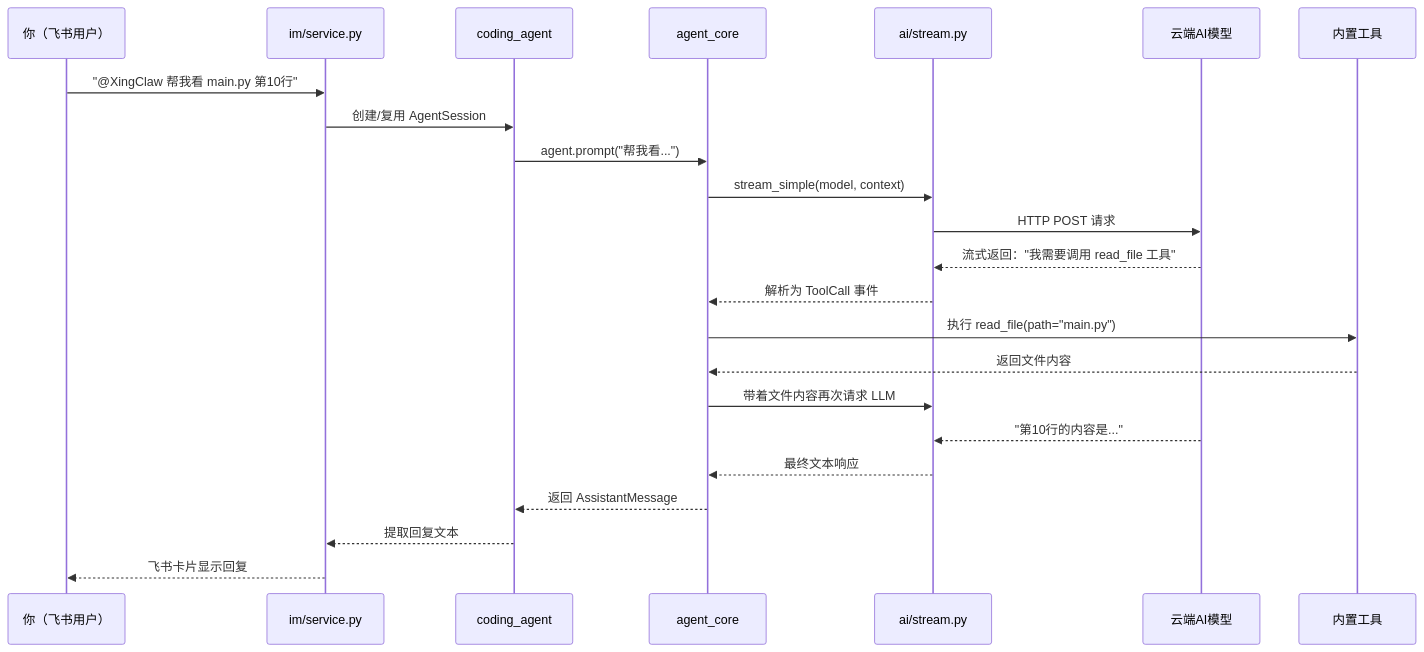
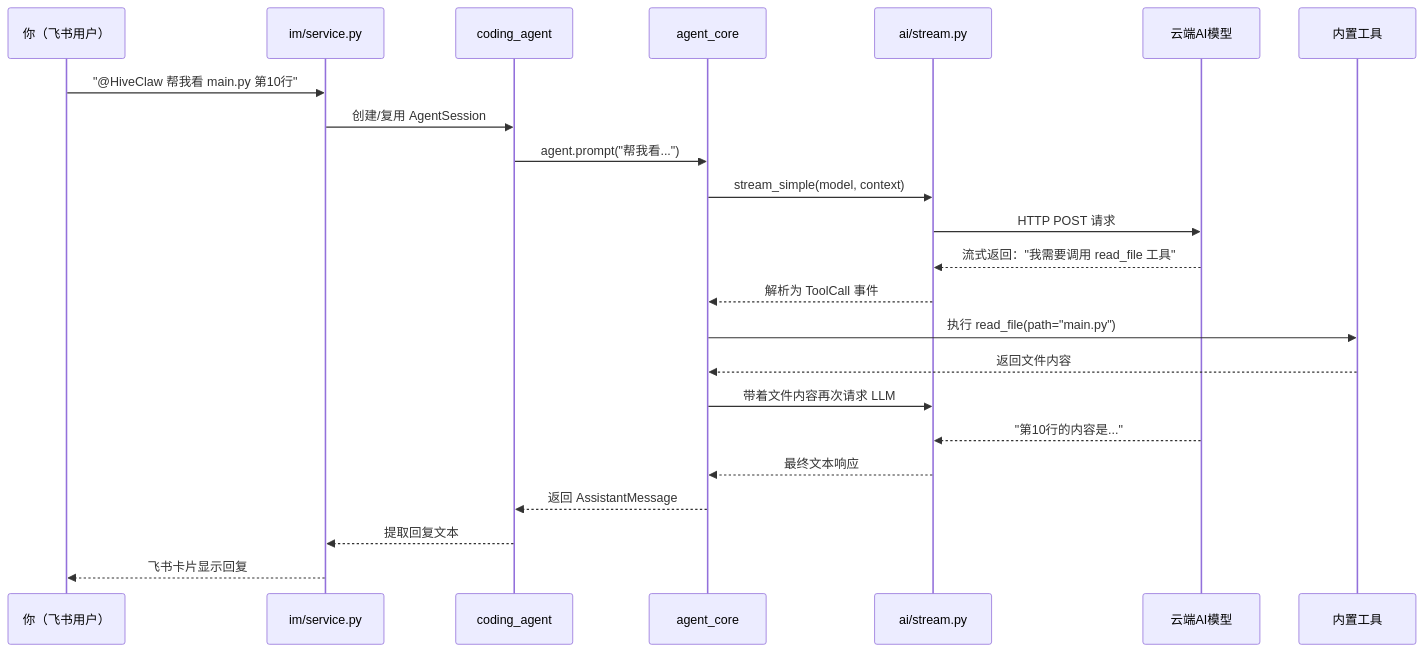
Before and after one commit to huomingban/HiveClaw: the first of 2 diagrams in docs/00_文件总览.md, drawn with Mermaid. The commit also changed other lines of this file and 38 other files, not shown here.

First line of the commit message:
refactor: 项目更名并统一 HiveClaw 标识

````diff
--- a/docs/00_文件总览.md
+++ b/docs/00_文件总览.md
@@ -42,26 +42,26 @@
 ```mermaid
 sequenceDiagram
     participant User as 你（飞书用户）
     participant IM as im/service.py
     participant CA as coding_agent
     participant AC as agent_core
     participant AI as ai/stream.py
     participant LLM as 云端AI模型
     participant Tool as 内置工具
 
-    User->>IM: "@XingClaw 帮我看 main.py 第10行"
+    User->>IM: "@HiveClaw 帮我看 main.py 第10行"
     IM->>CA: 创建/复用 AgentSession
     CA->>AC: agent.prompt("帮我看...")
     AC->>AI: stream_simple(model, context)
     AI->>LLM: HTTP POST 请求
     LLM-->>AI: 流式返回："我需要调用 read_file 工具"
     AI-->>AC: 解析为 ToolCall 事件
     AC->>Tool: 执行 read_file(path="main.py")
     Tool-->>AC: 返回文件内容
     AC->>AI: 带着文件内容再次请求 LLM
     LLM-->>AI: "第10行的内容是..."
     AI-->>AC: 最终文本响应
     AC-->>CA: 返回 AssistantMessage
     CA-->>IM: 提取回复文本
     IM-->>User: 飞书卡片显示回复
 ```
````
